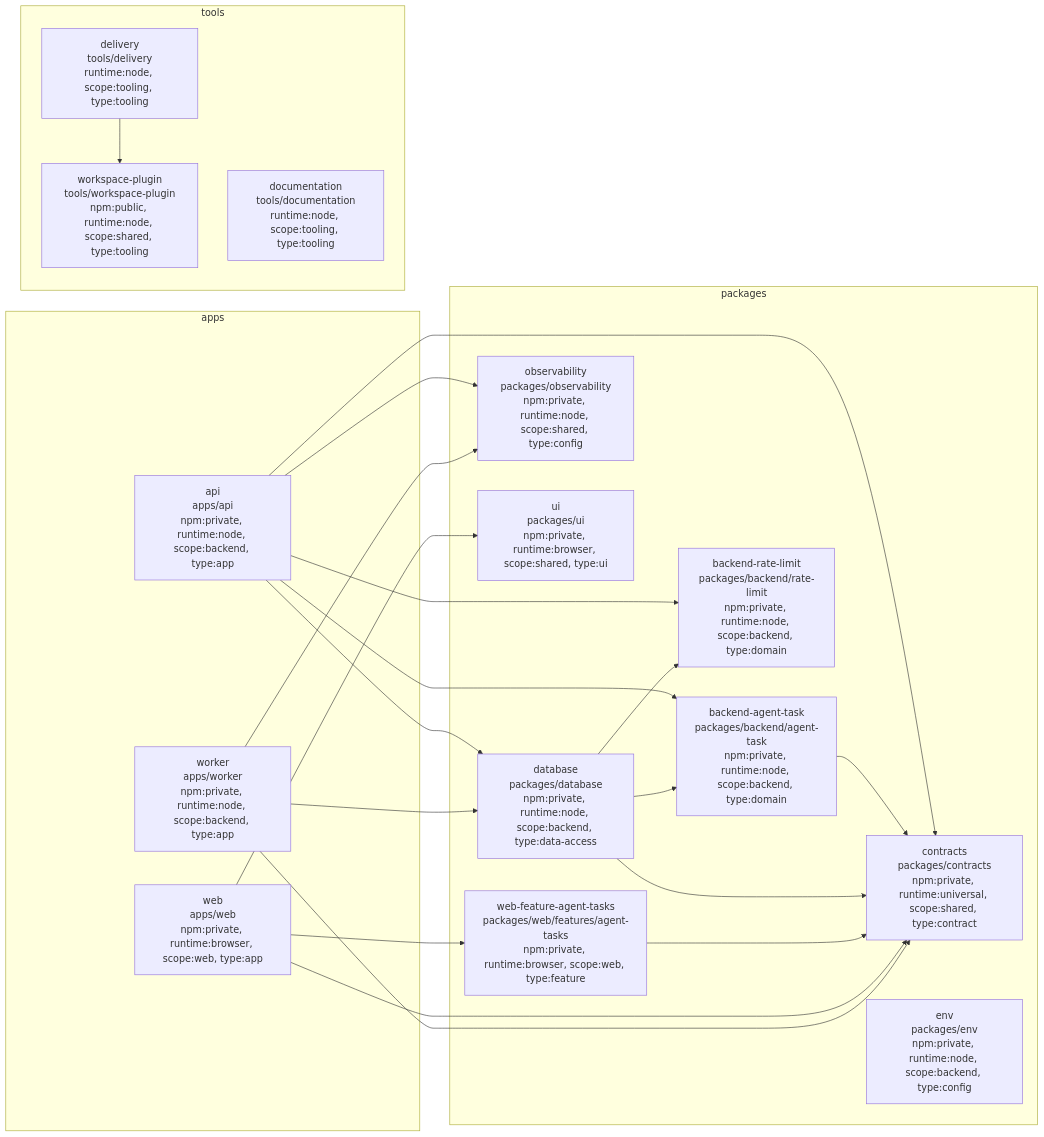
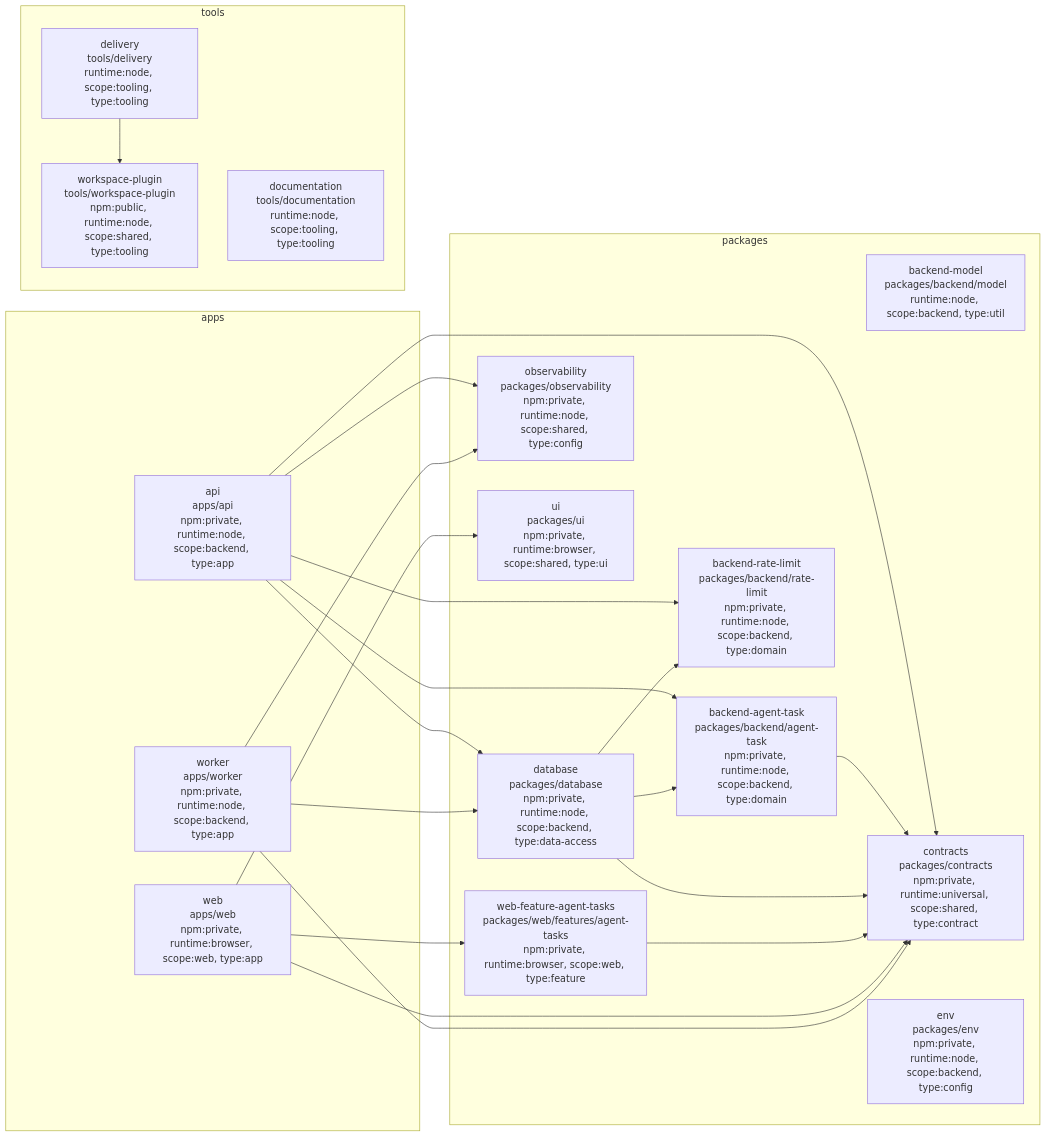
The diagram in docs/architecture/project-graph.md (kaleigh-dem/cookiecutter-agentic-webapp), drawn with Mermaid before and after one commit. The commit also changed 19 other files, not shown here.

````diff
--- a/docs/architecture/project-graph.md
+++ b/docs/architecture/project-graph.md
@@ -7,40 +7,41 @@
 ```mermaid
 flowchart LR
   subgraph project_group_apps["apps"]
     project_api["api<br/>apps/api<br/>npm:private, runtime:node, scope:backend, type:app"]
     project_web["web<br/>apps/web<br/>npm:private, runtime:browser, scope:web, type:app"]
     project_worker["worker<br/>apps/worker<br/>npm:private, runtime:node, scope:backend, type:app"]
   end
   subgraph project_group_packages["packages"]
     project_backend_agent_task["backend-agent-task<br/>packages/backend/agent-task<br/>npm:private, runtime:node, scope:backend, type:domain"]
+    project_backend_model["backend-model<br/>packages/backend/model<br/>runtime:node, scope:backend, type:util"]
     project_backend_rate_limit["backend-rate-limit<br/>packages/backend/rate-limit<br/>npm:private, runtime:node, scope:backend, type:domain"]
     project_contracts["contracts<br/>packages/contracts<br/>npm:private, runtime:universal, scope:shared, type:contract"]
     project_database["database<br/>packages/database<br/>npm:private, runtime:node, scope:backend, type:data-access"]
     project_env["env<br/>packages/env<br/>npm:private, runtime:node, scope:backend, type:config"]
     project_observability["observability<br/>packages/observability<br/>npm:private, runtime:node, scope:shared, type:config"]
     project_ui["ui<br/>packages/ui<br/>npm:private, runtime:browser, scope:shared, type:ui"]
     project_web_feature_agent_tasks["web-feature-agent-tasks<br/>packages/web/features/agent-tasks<br/>npm:private, runtime:browser, scope:web, type:feature"]
   end
   subgraph project_group_tools["tools"]
     project_delivery["delivery<br/>tools/delivery<br/>runtime:node, scope:tooling, type:tooling"]
     project_documentation["documentation<br/>tools/documentation<br/>runtime:node, scope:tooling, type:tooling"]
     project_workspace_plugin["workspace-plugin<br/>tools/workspace-plugin<br/>npm:public, runtime:node, scope:shared, type:tooling"]
   end
   project_api --> project_backend_agent_task
   project_api --> project_backend_rate_limit
   project_api --> project_contracts
   project_api --> project_database
   project_api --> project_observability
   project_backend_agent_task --> project_contracts
   project_database --> project_backend_agent_task
   project_database --> project_backend_rate_limit
   project_database --> project_contracts
   project_delivery --> project_workspace_plugin
   project_web_feature_agent_tasks --> project_contracts
   project_web --> project_contracts
   project_web --> project_ui
   project_web --> project_web_feature_agent_tasks
   project_worker --> project_contracts
   project_worker --> project_database
   project_worker --> project_observability
 ```
````
